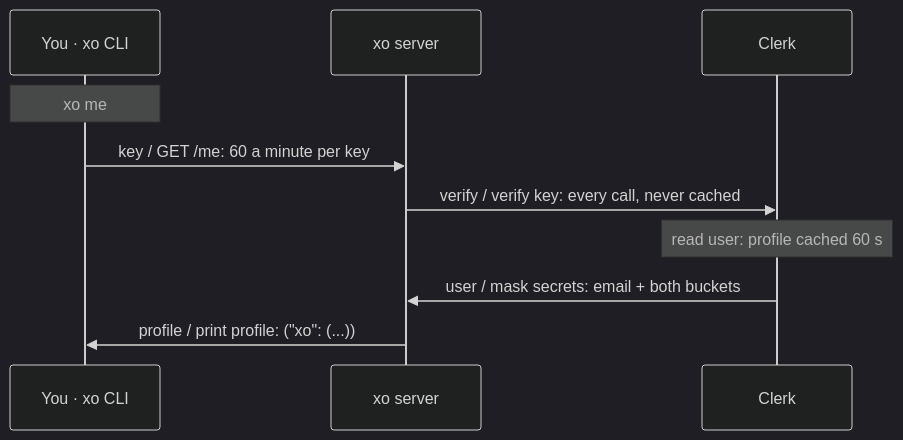
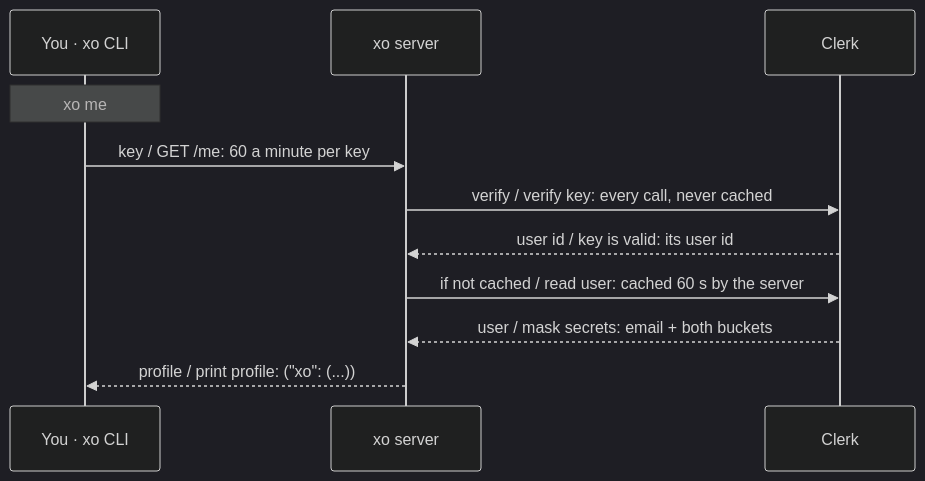
One commit to quirq-ai/xo changed the sixth of 32 diagrams in docs/architecture.md. Above: the diagram before and after it, drawn with Mermaid (dark theme). The commit also changed other lines of this file and 10 other files, not shown here.

First line of the commit message:
xo create and architecture: audit fixes on top of #35 and #36

````diff
--- a/docs/architecture.md
+++ b/docs/architecture.md
@@ -162,12 +174,13 @@
 ```mermaid
 sequenceDiagram
   participant Cli as You · xo CLI
   participant Srv as xo server
   participant Clerk as Clerk
   Note over Cli: xo me
   Cli->>Srv: key / GET /me: 60 a minute per key
   Srv->>Clerk: verify / verify key: every call, never cached
-  Note over Clerk: read user: profile cached 60 s
-  Clerk->>Srv: user / mask secrets: email + both buckets
-  Srv->>Cli: profile / print profile: ("xo": (...))
+  Clerk-->>Srv: user id / key is valid: its user id
+  Srv->>Clerk: if not cached / read user: cached 60 s by the server
+  Clerk-->>Srv: user / mask secrets: email + both buckets
+  Srv-->>Cli: profile / print profile: ("xo": (...))
 ```
````
